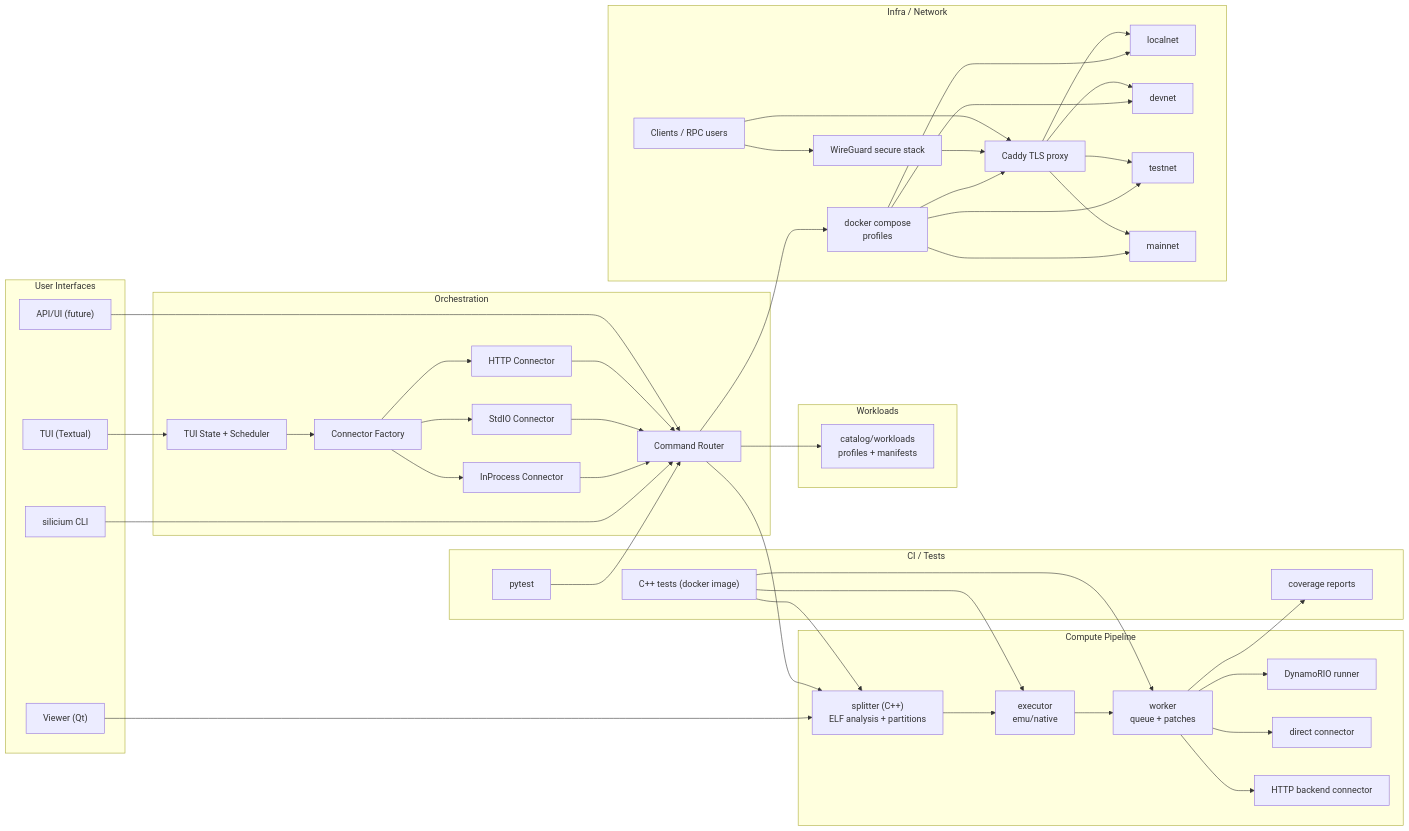
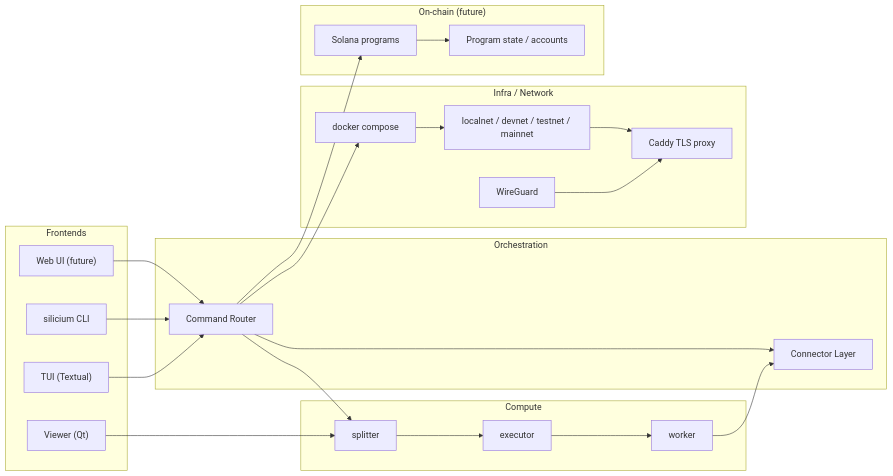
One commit to Silicium-Project/Fusion changed the first of 5 diagrams in README.md. Above: the diagram before and after it, drawn with Mermaid. The commit also changed other lines of this file, not shown here.

Commit message:
Add macro and zoomed architecture diagrams

````diff
--- a/README.md
+++ b/README.md
@@ -3,95 +5,45 @@
 ```mermaid
 flowchart LR
-  %% Columns: UI -> Orchestration -> Compute -> CI -> Infra
-  subgraph UI["User Interfaces"]
+  subgraph Frontends["Frontends"]
+    Web["Web UI (future)"]
     CLI["silicium CLI"]
     TUI["TUI (Textual)"]
     Viewer["Viewer (Qt)"]
-    APIUI["API/UI (future)"]
   end
 
-  subgraph Orchestrator["Orchestration"]
+  subgraph Orchestration["Orchestration"]
     Cmds["Command Router"]
-    TUIState["TUI State + Scheduler"]
-    ConnFactory["Connector Factory"]
-    InProc["InProcess Connector"]
-    StdIO["StdIO Connector"]
-    HttpConn["HTTP Connector"]
+    Connectors["Connector Layer"]
   end
 
-  subgraph Compute["Compute Pipeline"]
-    Splitter["splitter (C++)
-ELF analysis + partitions"]
-    Executor["executor
-emu/native"]
-    Worker["worker
-queue + patches"]
-    Dynamo["DynamoRIO runner"]
-    Direct["direct connector"]
-    HttpBackend["HTTP backend connector"]
-  end
-
-  subgraph CI["CI / Tests"]
-    PyTests["pytest"]
-    CppTests["C++ tests (docker image)"]
-    Coverage["coverage reports"]
-  end
-
-  subgraph Workloads["Workloads"]
-    Manifests["catalog/workloads
-profiles + manifests"]
+  subgraph Compute["Compute"]
+    Splitter["splitter"]
+    Executor["executor"]
+    Worker["worker"]
   end
 
   subgraph Infra["Infra / Network"]
-    Compose["docker compose
-profiles"]
-    Localnet["localnet"]
-    Devnet["devnet"]
-    Testnet["testnet"]
-    Mainnet["mainnet"]
+    Compose["docker compose"]
     Proxy["Caddy TLS proxy"]
-    Wireguard["WireGuard secure stack"]
-    Clients["Clients / RPC users"]
+    Wireguard["WireGuard"]
+    Networks["localnet / devnet / testnet / mainnet"]
   end
 
-  %% UI flow (left -> right)
+  subgraph Chain["On-chain (future)"]
+    Programs["Solana programs"]
+    Accounts["Program state / accounts"]
+  end
+
+  Web --> Cmds
   CLI --> Cmds
-  TUI --> TUIState --> ConnFactory
-  ConnFactory --> InProc
-  ConnFactory --> StdIO
-  ConnFactory --> HttpConn
-  InProc --> Cmds
-  StdIO --> Cmds
-  HttpConn --> Cmds
-  APIUI --> Cmds
+  TUI --> Cmds
   Viewer --> Splitter
-
-  %% Compute flow (left -> right)
-  Cmds --> Manifests
+  Cmds --> Connectors
   Cmds --> Splitter --> Executor --> Worker
-  Worker --> Dynamo
-  Worker --> Direct
-  Worker --> HttpBackend
-
-  %% CI flow (left -> right)
-  PyTests --> Cmds
-  CppTests --> Splitter
-  CppTests --> Executor
-  CppTests --> Worker
-  Worker --> Coverage
-
-  %% Infra flow (left -> right)
-  Cmds --> Compose
-  Compose --> Localnet
-  Compose --> Devnet
-  Compose --> Testnet
-  Compose --> Mainnet
-  Compose --> Proxy
+  Worker --> Connectors
+  Cmds --> Compose --> Networks
+  Networks --> Proxy
   Wireguard --> Proxy
-  Clients --> Wireguard
-  Clients --> Proxy
-  Proxy --> Localnet
-  Proxy --> Devnet
-  Proxy --> Testnet
-  Proxy --> Mainnet
+  Programs --> Accounts
+  Cmds --> Programs
 ```
````
